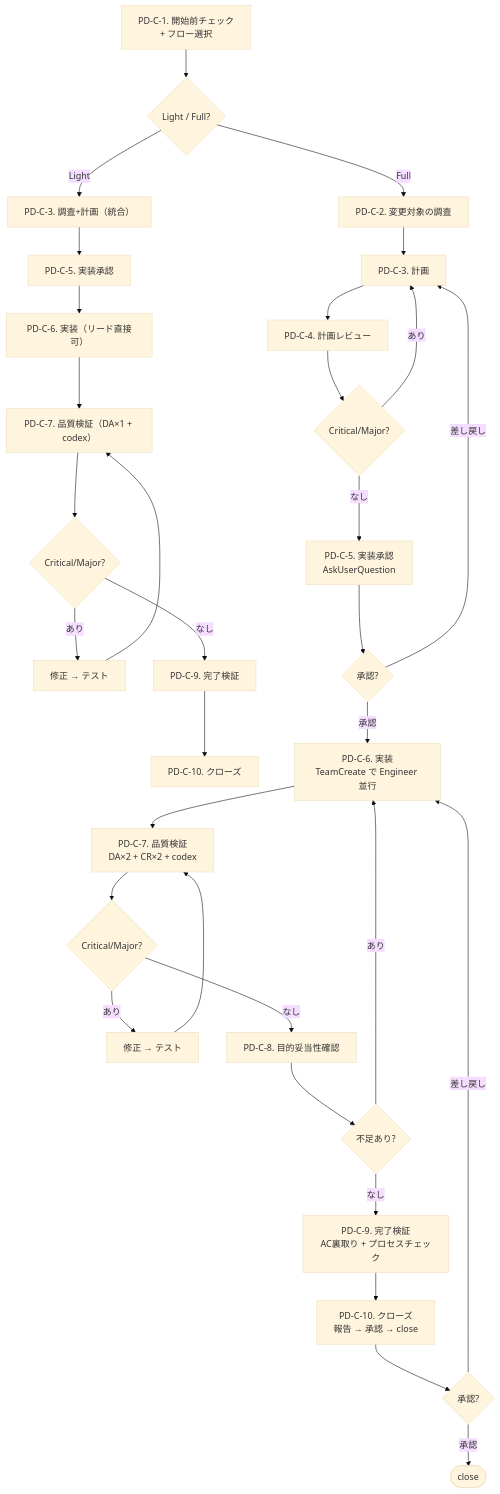
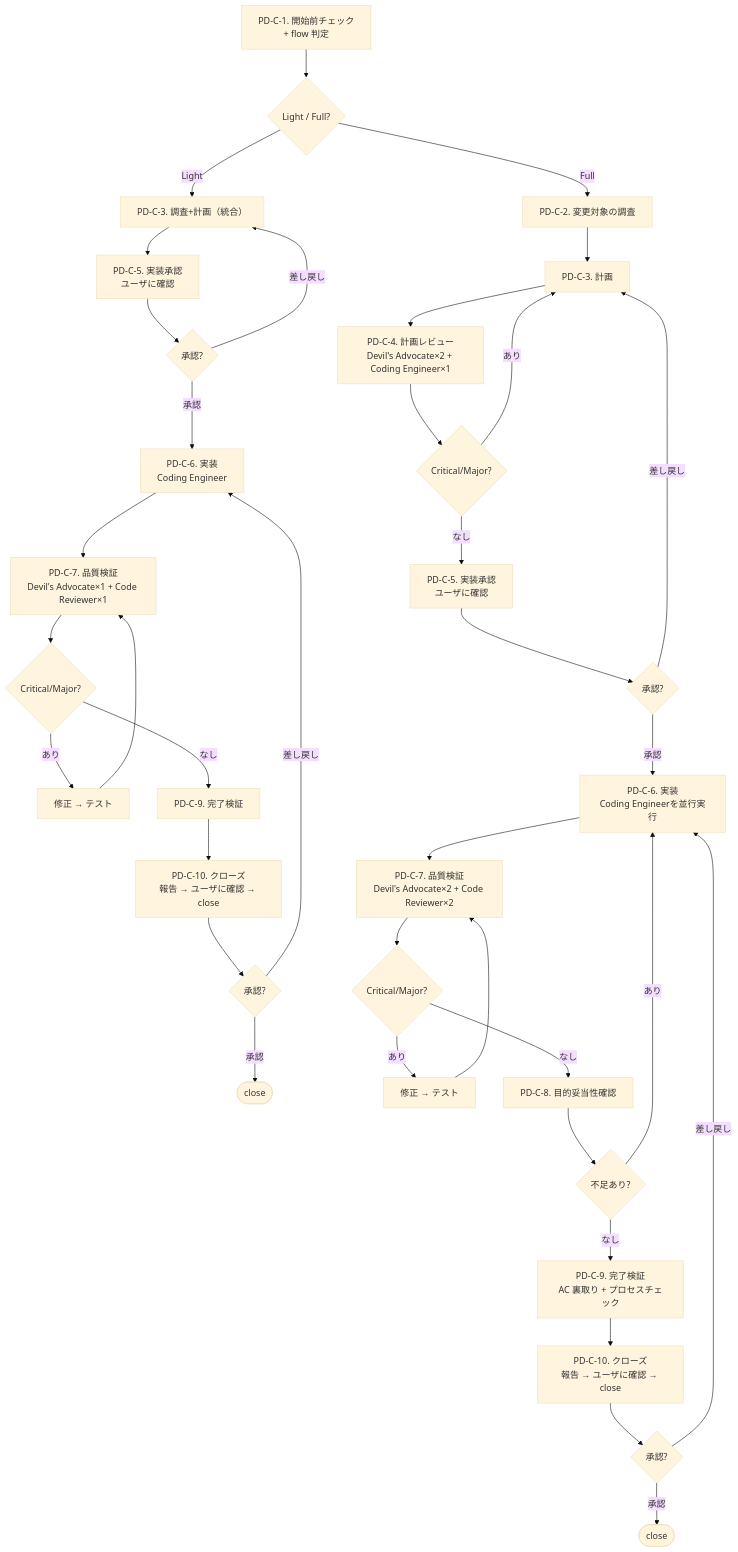
Before and after one commit to masuidrive/pdh: the second of 3 diagrams in skills/pdh-dev/SKILL.md, drawn with Mermaid (base theme). The commit also changed other lines of this file and 4 other files, not shown here.

````diff
--- a/skills/pdh-dev/SKILL.md
+++ b/skills/pdh-dev/SKILL.md
@@ -121,32 +230,39 @@
 ```mermaid
 flowchart TD
-    PDC1["PD-C-1. 開始前チェック<br/>+ フロー選択"] --> PDC1q{"Light / Full?"}
+    PDC1["PD-C-1. 開始前チェック<br/>+ flow 判定"] --> PDC1q{"Light / Full?"}
+
     PDC1q -- "Light" --> PDCL3["PD-C-3. 調査+計画（統合）"]
-    PDCL3 --> PDCL5["PD-C-5. 実装承認"]
-    PDCL5 --> PDCL6["PD-C-6. 実装（リード直接可）"]
-    PDCL6 --> PDCL7["PD-C-7. 品質検証（DA×1 + codex）"]
+    PDCL3 --> PDCL5["PD-C-5. 実装承認<br/>ユーザに確認"]
+    PDCL5 --> PDCL5q{"承認?"}
+    PDCL5q -- "差し戻し" --> PDCL3
+    PDCL5q -- "承認" --> PDCL6["PD-C-6. 実装<br/>Coding Engineer"]
+    PDCL6 --> PDCL7["PD-C-7. 品質検証<br/>Devil's Advocate×1 + Code Reviewer×1"]
     PDCL7 --> PDCL7q{"Critical/Major?"}
     PDCL7q -- "あり" --> PDCL7fix["修正 → テスト"] --> PDCL7
     PDCL7q -- "なし" --> PDCL9["PD-C-9. 完了検証"]
-    PDCL9 --> PDCL10["PD-C-10. クローズ"]
-    PDC1q -- "Full" --> PDC2
-    PDC2["PD-C-2. 変更対象の調査"] --> PDC3
-    PDC3["PD-C-3. 計画"] --> PDC4
-    PDC4["PD-C-4. 計画レビュー"] --> PDC4q{"Critical/Major?"}
+    PDCL9 --> PDCL10["PD-C-10. クローズ<br/>報告 → ユーザに確認 → close"]
+    PDCL10 --> PDCL10q{"承認?"}
+    PDCL10q -- "差し戻し" --> PDCL6
+    PDCL10q -- "承認" --> DoneL([close])
+
+    PDC1q -- "Full" --> PDC2["PD-C-2. 変更対象の調査"]
+    PDC2 --> PDC3["PD-C-3. 計画"]
+    PDC3 --> PDC4["PD-C-4. 計画レビュー<br/>Devil's Advocate×2 + Coding Engineer×1"]
+    PDC4 --> PDC4q{"Critical/Major?"}
     PDC4q -- "あり" --> PDC3
-    PDC4q -- "なし" --> PDC5
-    PDC5["PD-C-5. 実装承認<br/>AskUserQuestion"] --> PDC5q{"承認?"}
+    PDC4q -- "なし" --> PDC5["PD-C-5. 実装承認<br/>ユーザに確認"]
+    PDC5 --> PDC5q{"承認?"}
     PDC5q -- "差し戻し" --> PDC3
-    PDC5q -- "承認" --> PDC6
-    PDC6["PD-C-6. 実装<br/>TeamCreate で Engineer 並行"] --> PDC7
-    PDC7["PD-C-7. 品質検証<br/>DA×2 + CR×2 + codex"] --> PDC7q{"Critical/Major?"}
+    PDC5q -- "承認" --> PDC6["PD-C-6. 実装<br/>Coding Engineerを並行実行"]
+    PDC6 --> PDC7["PD-C-7. 品質検証<br/>Devil's Advocate×2 + Code Reviewer×2"]
+    PDC7 --> PDC7q{"Critical/Major?"}
     PDC7q -- "あり" --> PDC7fix["修正 → テスト"] --> PDC7
-    PDC7q -- "なし" --> PDC8
-    PDC8["PD-C-8. 目的妥当性確認"] --> PDC8q{"不足あり?"}
+    PDC7q -- "なし" --> PDC8["PD-C-8. 目的妥当性確認"]
+    PDC8 --> PDC8q{"不足あり?"}
     PDC8q -- "あり" --> PDC6
-    PDC8q -- "なし" --> PDC9
-    PDC9["PD-C-9. 完了検証<br/>AC裏取り + プロセスチェック"] --> PDC10
-    PDC10["PD-C-10. クローズ<br/>報告 → 承認 → close"] --> PDC10q{"承認?"}
+    PDC8q -- "なし" --> PDC9["PD-C-9. 完了検証<br/>AC 裏取り + プロセスチェック"]
+    PDC9 --> PDC10["PD-C-10. クローズ<br/>報告 → ユーザに確認 → close"]
+    PDC10 --> PDC10q{"承認?"}
     PDC10q -- "差し戻し" --> PDC6
-    PDC10q -- "承認" --> Done([close])
+    PDC10q -- "承認" --> DoneF([close])
 ```
````
